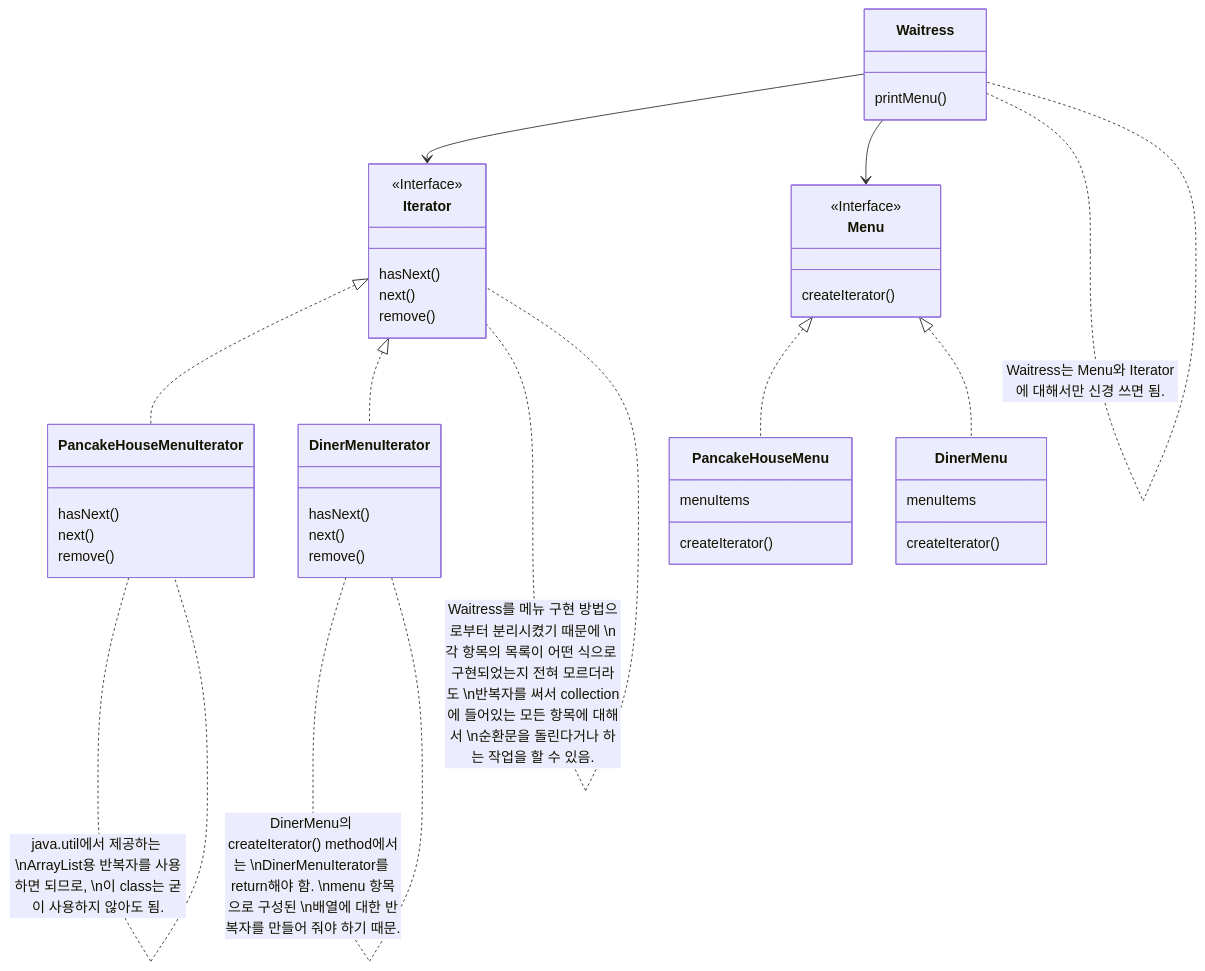
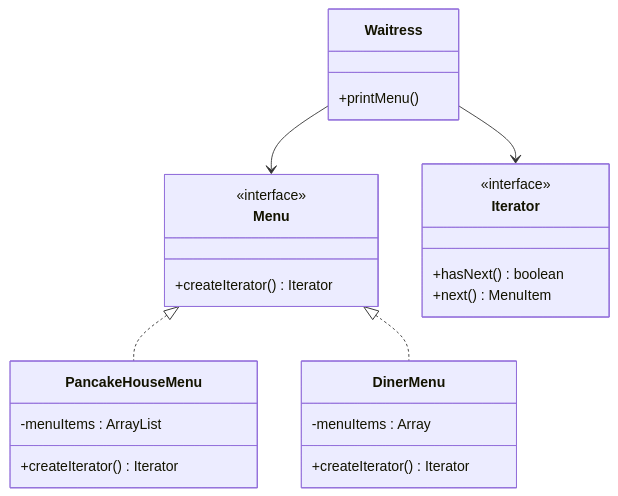
One commit to choesimin/choesimin.github.io changed the second of 2 diagrams in collections/_notes/software-design/design-pattern/iterator-pattern.md. Above: the diagram before and after it, drawn with Mermaid. The commit also changed other lines of this file and 1 other file, not shown here.

````diff
--- a/collections/_notes/software-design/design-pattern/iterator-pattern.md
+++ b/collections/_notes/software-design/design-pattern/iterator-pattern.md
@@ -132,50 +156,34 @@
 ```mermaid
 classDiagram
 
 class Waitress {
-    printMenu()
+    +printMenu()
+}
+
+class Menu {
+    <<interface>>
+    +createIterator() Iterator
+}
+
+class PancakeHouseMenu {
+    -menuItems : ArrayList
+    +createIterator() Iterator
+}
+
+class DinerMenu {
+    -menuItems : Array
+    +createIterator() Iterator
 }
 
 class Iterator {
-    <<Interface>>
-    hasNext()
-    next()
-    remove()
-}
-class PancakeHouseMenuIterator {
-    hasNext()
-    next()
-    remove()
-}
-class DinerMenuIterator {
-    hasNext()
-    next()
-    remove()
+    <<interface>>
+    +hasNext() boolean
+    +next() MenuItem
 }
 
-class Menu {
-    <<Interface>>
-    createIterator()
-}
-class PancakeHouseMenu {
-    menuItems
-    createIterator()
-}
-class DinerMenu {
-    menuItems
-    createIterator()
-}
+Waitress --> Menu
+Waitress --> Iterator
 
-Waitress --> Iterator
-Waitress --> Menu
-
-Iterator <|.. PancakeHouseMenuIterator
-Iterator <|.. DinerMenuIterator
 Menu <|.. PancakeHouseMenu
 Menu <|.. DinerMenu
-
-Waitress .. Waitress : Waitress는 Menu와 Iterator에 대해서만 신경 쓰면 됨.
-Iterator .. Iterator : Waitress를 메뉴 구현 방법으로부터 분리시켰기 때문에 \n각 항목의 목록이 어떤 식으로 구현되었는지 전혀 모르더라도 \n반복자를 써서 collection에 들어있는 모든 항목에 대해서 \n순환문을 돌린다거나 하는 작업을 할 수 있음.
-PancakeHouseMenuIterator .. PancakeHouseMenuIterator : java.util에서 제공하는 \nArrayList용 반복자를 사용하면 되므로, \n이 class는 굳이 사용하지 않아도 됨.
-DinerMenuIterator .. DinerMenuIterator : DinerMenu의 createIterator() method에서는 \nDinerMenuIterator를 return해야 함. \nmenu 항목으로 구성된 \n배열에 대한 반복자를 만들어 줘야 하기 때문.
 ```
````
